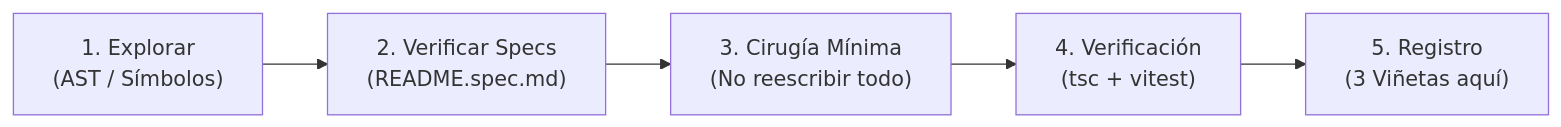
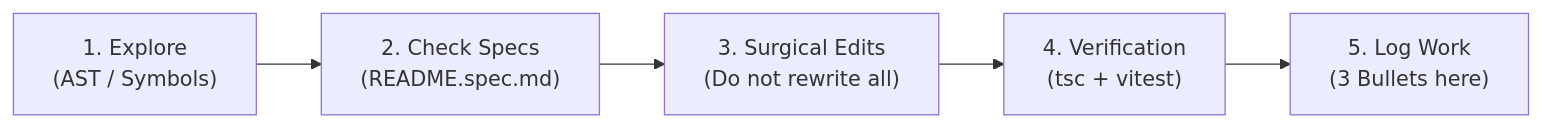
Before and after one commit to vewAI/vetwebappprod: the diagram in DEV_CHANGELOG.md, drawn with Mermaid. The commit also changed other lines of this file, not shown here.

````diff
--- a/DEV_CHANGELOG.md
+++ b/DEV_CHANGELOG.md
@@ -11,7 +11,7 @@
 ```mermaid
 flowchart LR
-    A["1. Explorar<br/>(AST / Símbolos)"] --> B["2. Verificar Specs<br/>(README.spec.md)"]
-    B --> C["3. Cirugía Mínima<br/>(No reescribir todo)"]
-    C --> D["4. Verificación<br/>(tsc + vitest)"]
-    D --> E["5. Registro<br/>(3 Viñetas aquí)"]
+    A["1. Explore<br/>(AST / Symbols)"] --> B["2. Check Specs<br/>(README.spec.md)"]
+    B --> C["3. Surgical Edits<br/>(Do not rewrite all)"]
+    C --> D["4. Verification<br/>(tsc + vitest)"]
+    D --> E["5. Log Work<br/>(3 Bullets here)"]
 ```
````
